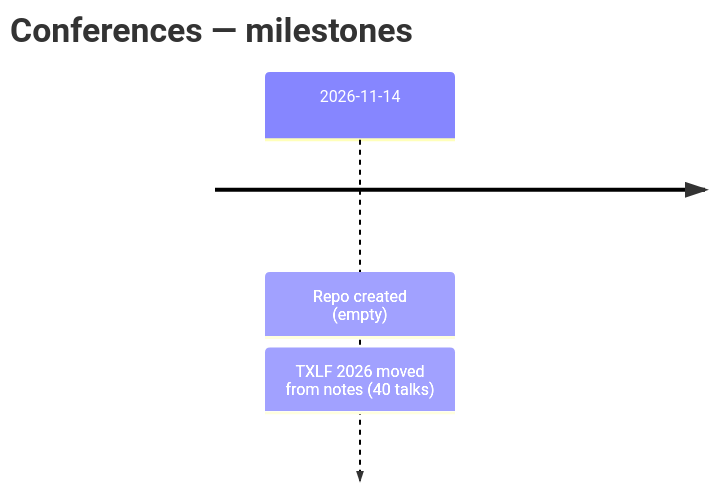
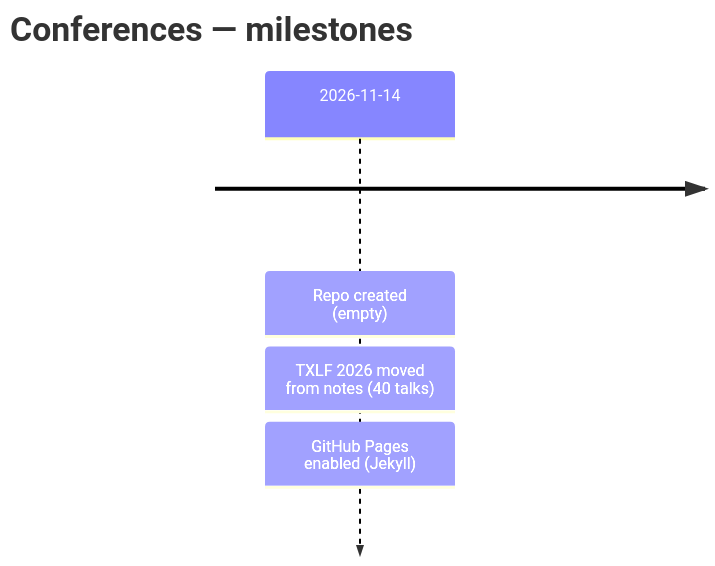
The first of 2 diagrams in README.md (chknfrdstk/Conferences), drawn with Mermaid before and after one commit. The commit also changed other lines of this file and 1 other file, not shown here.

Commit message:
Add GitHub Pages config, update changelog

````diff
--- a/README.md
+++ b/README.md
@@ -16,6 +21,7 @@
 ```mermaid
 timeline
     title Conferences — milestones
     2026-11-14 : Repo created (empty)
                : TXLF 2026 moved from notes (40 talks)
+               : GitHub Pages enabled (Jekyll)
 ```
````
